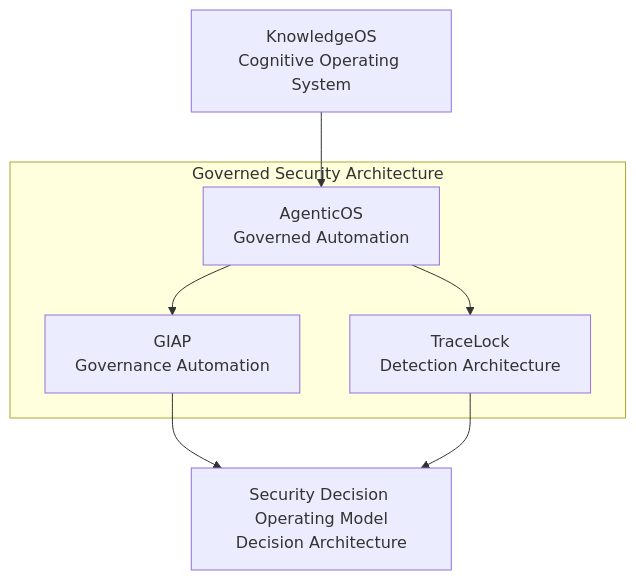
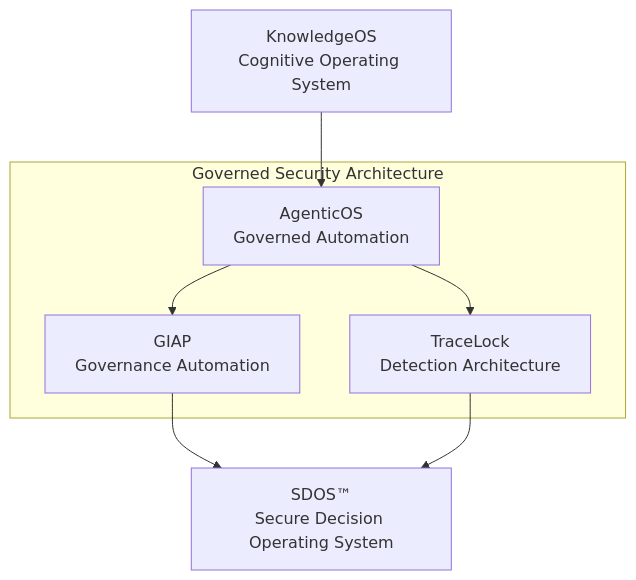
One commit to Pharns/portfolio changed the diagram in docs/architecture/governed-security-architecture.md. Above: the diagram before and after it, drawn with Mermaid. The commit also changed other lines of this file and 17 other files, not shown here.

````diff
--- a/docs/architecture/governed-security-architecture.md
+++ b/docs/architecture/governed-security-architecture.md
@@ -7,20 +7,20 @@
 ```mermaid
 flowchart TD
 
-    SDOM[Security Decision Operating Model<br>Decision Architecture]
+    SDOS_D[SDOS™<br>Secure Decision Operating System]
 
     subgraph Architecture[Governed Security Architecture]
         GIAP[GIAP<br>Governance Automation]
         TRACELOCK[TraceLock<br>Detection Architecture]
         AGENTICOS[AgenticOS<br>Governed Automation]
     end
 
     KNOWLEDGEOS[KnowledgeOS<br>Cognitive Operating System]
 
     KNOWLEDGEOS --> AGENTICOS
     AGENTICOS --> GIAP
     AGENTICOS --> TRACELOCK
 
-    GIAP --> SDOM
-    TRACELOCK --> SDOM
+    GIAP --> SDOS_D
+    TRACELOCK --> SDOS_D
 ```
````
